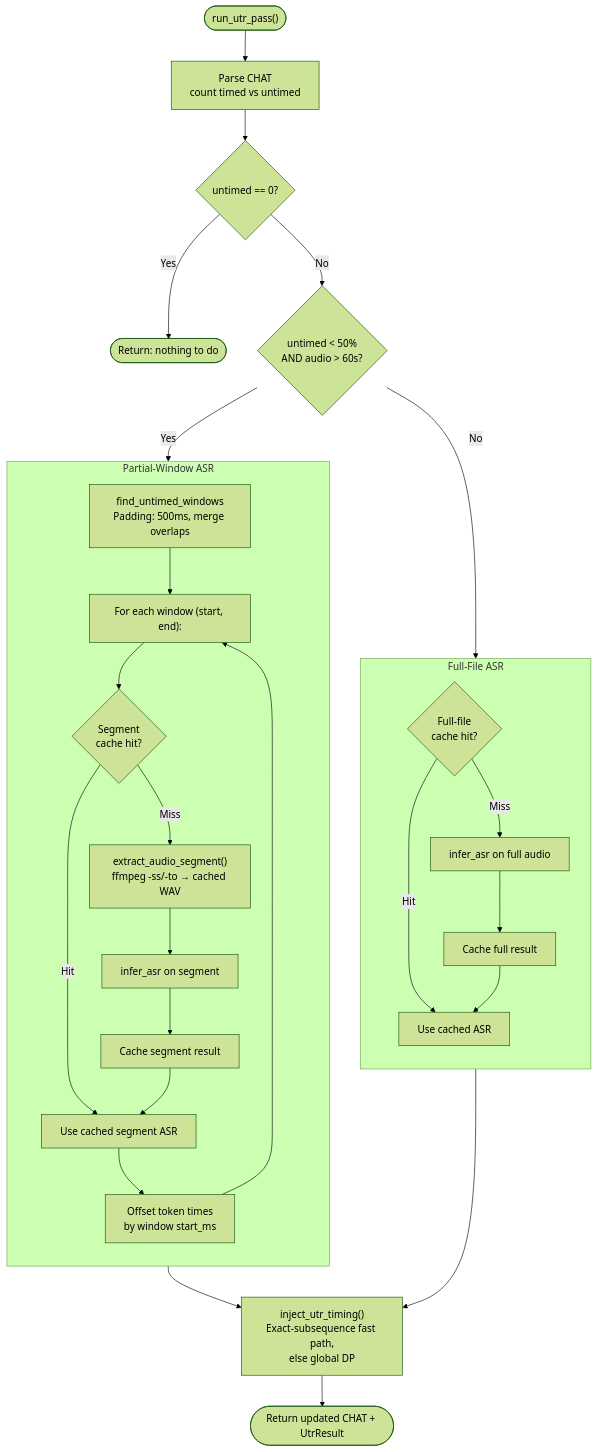
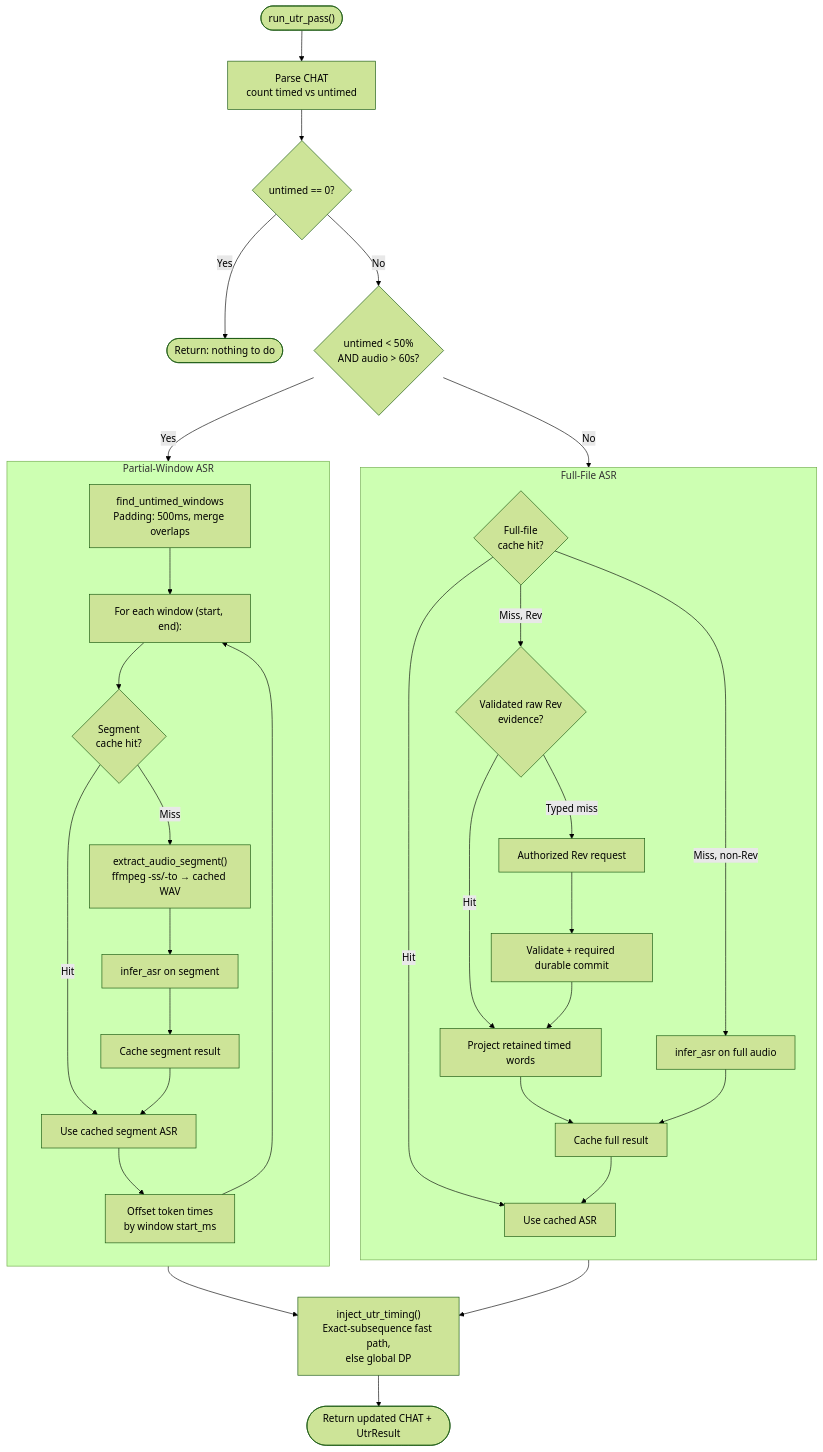
One commit to TalkBank/talkbank-tools changed the third of 16 diagrams in book/src/batchalign/architecture/command-flowcharts.md. Above: the diagram before and after it, drawn with Mermaid (forest theme). The commit also changed other lines of this file and 23 other files, not shown here.

````diff
--- a/book/src/batchalign/architecture/command-flowcharts.md
+++ b/book/src/batchalign/architecture/command-flowcharts.md
@@ -133,40 +133,46 @@
 ```mermaid
 flowchart TD
     entry(["run_utr_pass()"]) --> parse[Parse CHAT\ncount timed vs untimed]
     parse --> zero{untimed == 0?}
     zero -->|Yes| noop([Return: nothing to do])
     zero -->|No| ratio{untimed < 50%\nAND audio > 60s?}
 
     ratio -->|Yes| partial_mode
 
     subgraph partial_mode [Partial-Window ASR]
         direction TB
         pw_find[find_untimed_windows\nPadding: 500ms, merge overlaps]
         pw_find --> pw_loop["For each window (start, end):"]
         pw_loop --> pw_seg_cache{Segment\ncache hit?}
         pw_seg_cache -->|Hit| pw_use[Use cached segment ASR]
         pw_seg_cache -->|Miss| pw_extract["extract_audio_segment()\nffmpeg -ss/-to → cached WAV"]
         pw_extract --> pw_infer[infer_asr on segment]
         pw_infer --> pw_store[Cache segment result]
         pw_store --> pw_use
         pw_use --> pw_offset[Offset token times\nby window start_ms]
         pw_offset --> pw_loop
     end
 
     ratio -->|No| full_mode
 
     subgraph full_mode [Full-File ASR]
         direction TB
         ff_cache{Full-file\ncache hit?}
         ff_cache -->|Hit| ff_use[Use cached ASR]
-        ff_cache -->|Miss| ff_infer[infer_asr on full audio]
+        ff_cache -->|Miss, non-Rev| ff_infer[infer_asr on full audio]
+        ff_cache -->|Miss, Rev| ff_rev{Validated raw Rev\nevidence?}
+        ff_rev -->|Hit| ff_project[Project retained timed words]
+        ff_rev -->|Typed miss| ff_rev_call[Authorized Rev request]
+        ff_rev_call --> ff_rev_commit[Validate + required durable commit]
+        ff_rev_commit --> ff_project
+        ff_project --> ff_store
         ff_infer --> ff_store[Cache full result]
         ff_store --> ff_use
     end
 
     partial_mode --> inject
     full_mode --> inject
 
     inject["inject_utr_timing()\nExact-subsequence fast path,\nelse global DP"]
     inject --> result([Return updated CHAT + UtrResult])
 ```
````
